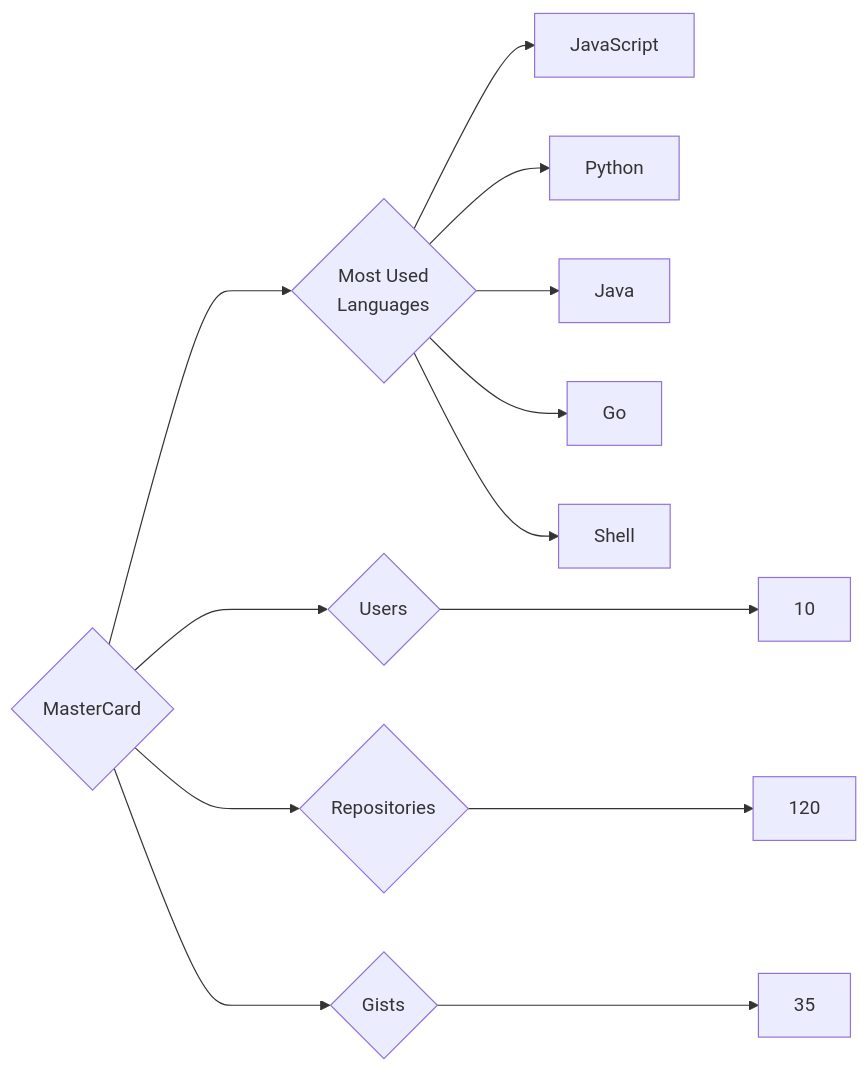
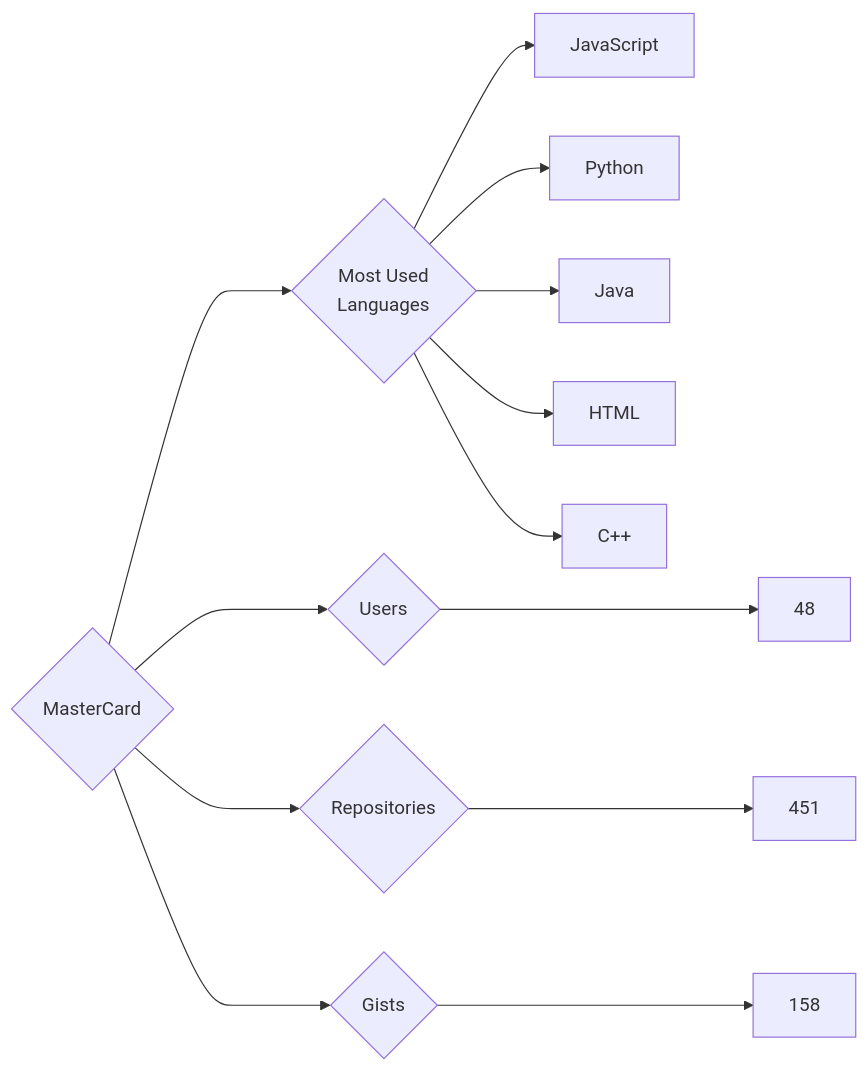
Before and after one commit to trickest/insiders: the diagram in targets/MasterCard/README.md, drawn with Mermaid. The commit also changed 953 other files, not shown here.

````diff
--- a/targets/MasterCard/README.md
+++ b/targets/MasterCard/README.md
@@ -3,13 +3,13 @@
 ```mermaid
 graph LR
 COMPANY_NAME{MasterCard}
-COMPANY_NAME ---> U{Users} ---> UN[10]
-COMPANY_NAME ---> R{Repositories} ---> RN[120]
-COMPANY_NAME ---> G{Gists} ---> GN[35]
+COMPANY_NAME ---> U{Users} ---> UN[48]
+COMPANY_NAME ---> R{Repositories} ---> RN[451]
+COMPANY_NAME ---> G{Gists} ---> GN[158]
 COMPANY_NAME ---> ML{Most Used<br>Languages}
 ML --> JavaScript[JavaScript]
 ML --> Python[Python]
 ML --> Java[Java]
-ML --> Go[Go]
-ML --> Shell[Shell]
+ML --> HTML[HTML]
+ML --> C++[C++]
 ```
````
